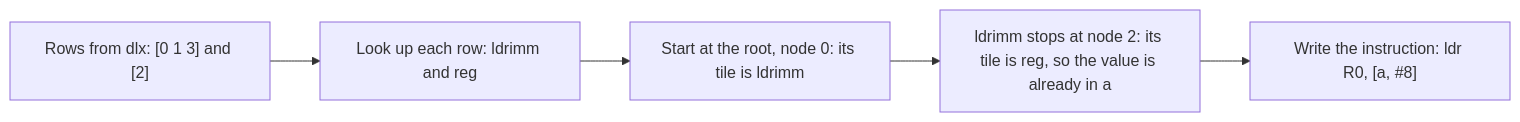
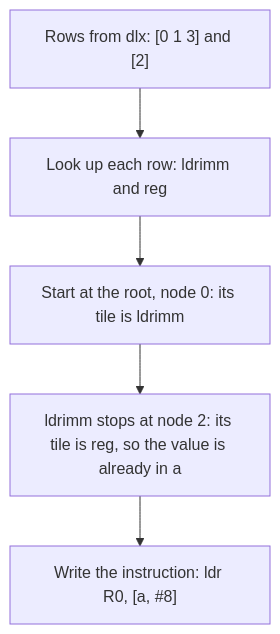
One commit to dimchansky/dlx changed the second of 2 diagrams in examples/instrselect/README.md. Above: the diagram before and after it, drawn with Mermaid. The commit also changed other lines of this file and 6 other files, not shown here.

````diff
--- a/examples/instrselect/README.md
+++ b/examples/instrselect/README.md
@@ -113,7 +117,7 @@
 ```mermaid
-flowchart LR
+flowchart TD
     A["Rows from dlx: [0 1 3] and [2]"] --> B["Look up each row: ldrimm and reg"]
     B --> C["Start at the root, node 0: its tile is ldrimm"]
     C --> D["ldrimm stops at node 2: its tile is reg, so the value is already in a"]
     D --> E["Write the instruction: ldr R0, [a, #8]"]
 ```
````
